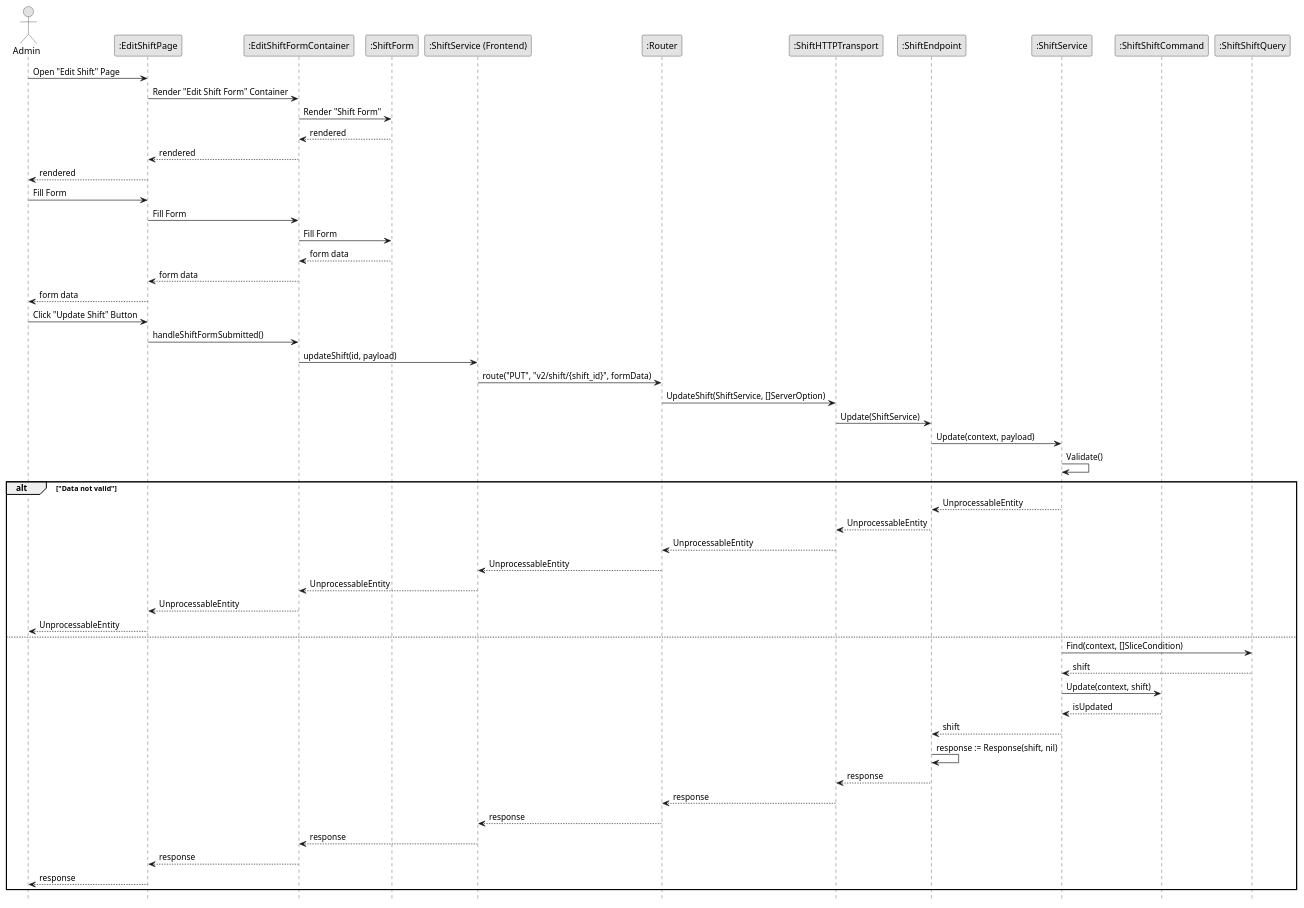
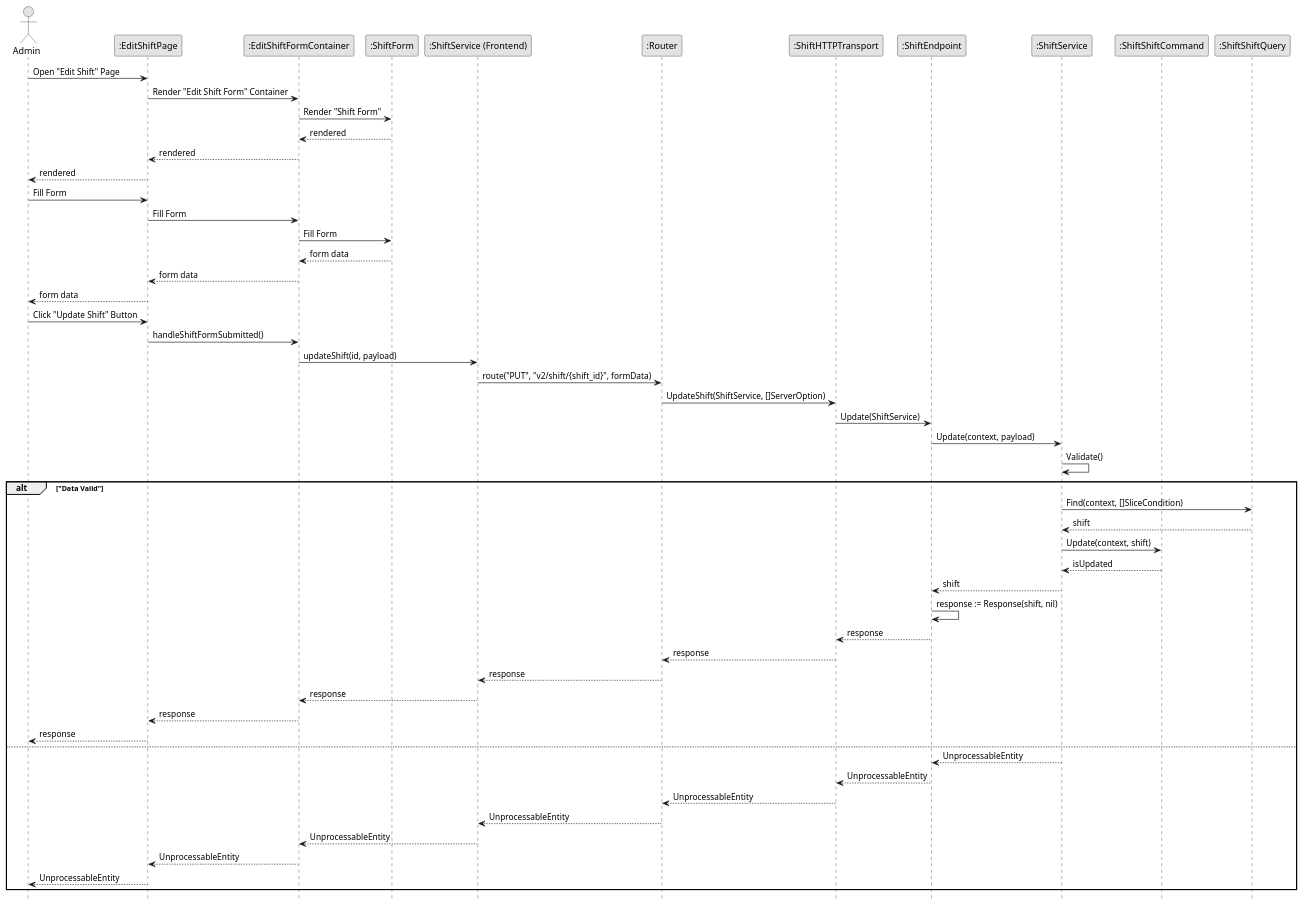
The diagram in Final/Sequence/Shift/UpdateShift.wsd (fwidjaya20/fazzlearning-uml), drawn with PlantUML before and after one commit. The commit also changed 47 other files, not shown here.

```diff
--- a/Final/Sequence/Shift/UpdateShift.wsd
+++ b/Final/Sequence/Shift/UpdateShift.wsd
@@ -1,67 +1,67 @@
 @startuml UpdateShift
 
 skinparam Monochrome true
 skinparam Shadowing false
 hide footbox
 
 actor Admin
 participant ":EditShiftPage" as EditShiftPage
 participant ":EditShiftFormContainer" as EditShiftFormContainer
 participant ":ShiftForm" as ShiftForm
 participant ":ShiftService (Frontend)" as FEShiftService
 participant ":Router" as Router
 participant ":ShiftHTTPTransport" as ShiftHTTPTransport
 participant ":ShiftEndpoint" as ShiftEndpoint
 participant ":ShiftService" as ShiftService
 participant ":ShiftShiftCommand" as ShiftCommand
 participant ":ShiftShiftQuery" as ShiftQuery
 
 Admin->EditShiftPage: Open "Edit Shift" Page
 EditShiftPage->EditShiftFormContainer: Render "Edit Shift Form" Container
 EditShiftFormContainer->ShiftForm: Render "Shift Form"
 ShiftForm-->EditShiftFormContainer: rendered
 EditShiftFormContainer-->EditShiftPage: rendered
 EditShiftPage-->Admin: rendered
 
 Admin->EditShiftPage: Fill Form
 EditShiftPage->EditShiftFormContainer: Fill Form
 EditShiftFormContainer->ShiftForm: Fill Form
 ShiftForm-->EditShiftFormContainer: form data
 EditShiftFormContainer-->EditShiftPage: form data
 EditShiftPage-->Admin: form data
 
 Admin->EditShiftPage: Click "Update Shift" Button
 EditShiftPage->EditShiftFormContainer: handleShiftFormSubmitted()
 EditShiftFormContainer->FEShiftService: updateShift(id, payload)
 FEShiftService->Router: route("PUT", "v2/shift/{shift_id}", formData)
 
 Router->ShiftHTTPTransport: UpdateShift(ShiftService, []ServerOption)
 ShiftHTTPTransport->ShiftEndpoint: Update(ShiftService)
 ShiftEndpoint->ShiftService: Update(context, payload)
 ShiftService->ShiftService: Validate()
 
-alt "Data not valid"
-    ShiftService-->ShiftEndpoint: UnprocessableEntity
-    ShiftEndpoint-->ShiftHTTPTransport: UnprocessableEntity
-    ShiftHTTPTransport-->Router: UnprocessableEntity
-    Router-->FEShiftService: UnprocessableEntity
-    FEShiftService-->EditShiftFormContainer: UnprocessableEntity
-    EditShiftFormContainer-->EditShiftPage: UnprocessableEntity
-    EditShiftPage-->Admin: UnprocessableEntity
-else
+alt "Data Valid"
     ShiftService->ShiftQuery: Find(context, []SliceCondition)
     ShiftQuery-->ShiftService: shift
 
     ShiftService->ShiftCommand: Update(context, shift)
     ShiftCommand-->ShiftService: isUpdated
     ShiftService-->ShiftEndpoint: shift
     ShiftEndpoint->ShiftEndpoint: response := Response(shift, nil)
     ShiftEndpoint-->ShiftHTTPTransport: response
     ShiftHTTPTransport-->Router: response
     Router-->FEShiftService: response
     FEShiftService-->EditShiftFormContainer: response
     EditShiftFormContainer-->EditShiftPage: response
     EditShiftPage-->Admin: response
+else
+    ShiftService-->ShiftEndpoint: UnprocessableEntity
+    ShiftEndpoint-->ShiftHTTPTransport: UnprocessableEntity
+    ShiftHTTPTransport-->Router: UnprocessableEntity
+    Router-->FEShiftService: UnprocessableEntity
+    FEShiftService-->EditShiftFormContainer: UnprocessableEntity
+    EditShiftFormContainer-->EditShiftPage: UnprocessableEntity
+    EditShiftPage-->Admin: UnprocessableEntity
 end
 
 @enduml
```
